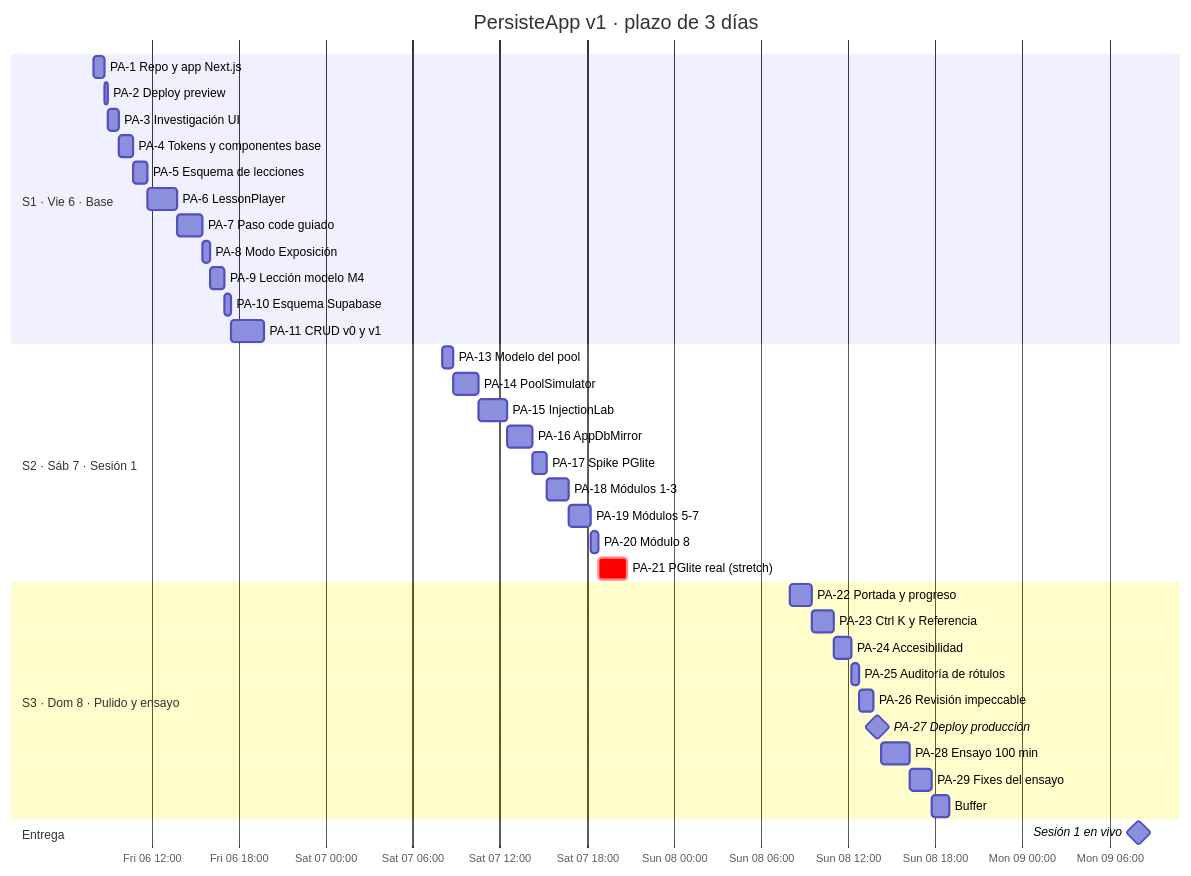
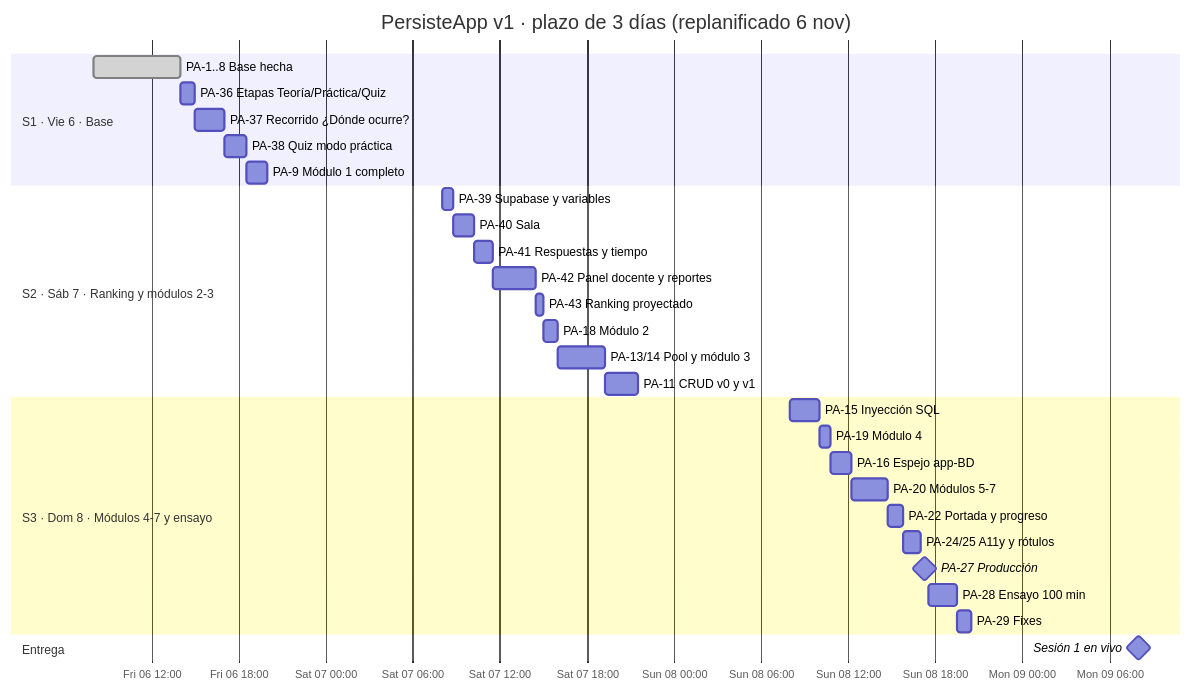
One commit to ddturizo-eng/PersisteApp changed the diagram in roadmap/ROADMAP.md. Above: the diagram before and after it, drawn with Mermaid. The commit also changed other lines of this file and 6 other files, not shown here.

First line of the commit message:
docs: replan v1 for theory-first lessons, quiz and group ranking

````diff
--- a/roadmap/ROADMAP.md
+++ b/roadmap/ROADMAP.md
@@ -33,44 +36,37 @@
 ```mermaid
 gantt
-    title PersisteApp v1 · plazo de 3 días
+    title PersisteApp v1 · plazo de 3 días (replanificado 6 nov)
     dateFormat  YYYY-MM-DD HH:mm
     axisFormat  %a %d %H:%M
 
     section S1 · Vie 6 · Base
-    PA-1 Repo y app Next.js          :pa1, 2026-11-06 08:00, 45m
-    PA-2 Deploy preview              :pa2, after pa1, 15m
-    PA-3 Investigación UI            :pa3, after pa2, 45m
-    PA-4 Tokens y componentes base   :pa4, after pa3, 60m
-    PA-5 Esquema de lecciones        :pa5, after pa4, 60m
-    PA-6 LessonPlayer                :pa6, after pa5, 120m
-    PA-7 Paso code guiado            :pa7, after pa6, 105m
-    PA-8 Modo Exposición             :pa8, after pa7, 30m
-    PA-9 Lección modelo M4           :pa9, after pa8, 60m
-    PA-10 Esquema Supabase           :pa10, after pa9, 30m
-    PA-11 CRUD v0 y v1               :pa11, after pa10, 135m
+    PA-1..8 Base hecha               :done, base, 2026-11-06 08:00, 360m
+    PA-36 Etapas Teoría/Práctica/Quiz :pa36, after base, 60m
+    PA-37 Recorrido ¿Dónde ocurre?   :pa37, after pa36, 120m
+    PA-38 Quiz modo práctica         :pa38, after pa37, 90m
+    PA-9 Módulo 1 completo           :pa9, after pa38, 90m
 
-    section S2 · Sáb 7 · Sesión 1
-    PA-13 Modelo del pool            :pa13, 2026-11-07 08:00, 45m
-    PA-14 PoolSimulator              :pa14, after pa13, 105m
-    PA-15 InjectionLab               :pa15, after pa14, 120m
-    PA-16 AppDbMirror                :pa16, after pa15, 105m
-    PA-17 Spike PGlite               :pa17, after pa16, 60m
-    PA-18 Módulos 1-3                :pa18, after pa17, 90m
-    PA-19 Módulos 5-7                :pa19, after pa18, 90m
-    PA-20 Módulo 8                   :pa20, after pa19, 30m
-    PA-21 PGlite real (stretch)      :crit, pa21, after pa20, 120m
+    section S2 · Sáb 7 · Ranking y módulos 2-3
+    PA-39 Supabase y variables       :pa39, 2026-11-07 08:00, 45m
+    PA-40 Sala                       :pa40, after pa39, 90m
+    PA-41 Respuestas y tiempo        :pa41, after pa40, 75m
+    PA-42 Panel docente y reportes   :pa42, after pa41, 180m
+    PA-43 Ranking proyectado         :pa43, after pa42, 30m
+    PA-18 Módulo 2                   :pa18, after pa43, 60m
+    PA-13/14 Pool y módulo 3         :pa14, after pa18, 195m
+    PA-11 CRUD v0 y v1               :pa11, after pa14, 135m
 
-    section S3 · Dom 8 · Pulido y ensayo
-    PA-22 Portada y progreso         :pa22, 2026-11-08 08:00, 90m
-    PA-23 Ctrl K y Referencia        :pa23, after pa22, 90m
-    PA-24 Accesibilidad              :pa24, after pa23, 75m
-    PA-25 Auditoría de rótulos       :pa25, after pa24, 30m
-    PA-26 Revisión impeccable        :pa26, after pa25, 60m
-    PA-27 Deploy producción          :milestone, pa27, after pa26, 30m
+    section S3 · Dom 8 · Módulos 4-7 y ensayo
+    PA-15 Inyección SQL              :pa15, 2026-11-08 08:00, 120m
+    PA-19 Módulo 4                   :pa19, after pa15, 45m
+    PA-16 Espejo app-BD              :pa16, after pa19, 90m
+    PA-20 Módulos 5-7                :pa20, after pa16, 150m
+    PA-22 Portada y progreso         :pa22, after pa20, 60m
+    PA-24/25 A11y y rótulos          :pa24, after pa22, 75m
+    PA-27 Producción                 :milestone, pa27, after pa24, 30m
     PA-28 Ensayo 100 min             :pa28, after pa27, 120m
-    PA-29 Fixes del ensayo           :pa29, after pa28, 90m
-    Buffer                           :pa30, after pa29, 75m
+    PA-29 Fixes                      :pa29, after pa28, 60m
 
     section Entrega
     Sesión 1 en vivo                 :milestone, 2026-11-09 08:00, 0m
 ```
````
